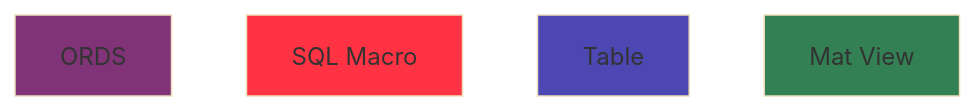
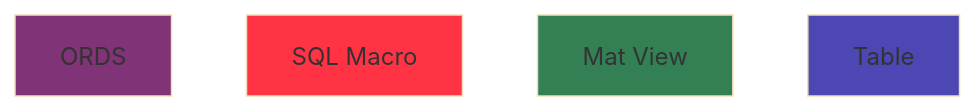
The first of 2 diagrams in README.md (zjph90/testrepo), drawn with Mermaid (base theme) before and after one commit. The commit also changed other lines of this file, not shown here.

````diff
--- a/README.md
+++ b/README.md
@@ -5,11 +5,11 @@
 ```mermaid
 graph TD
     classDef sql_macro fill:#f34
     classDef mview fill:#338055
     classDef table fill:#4d47b3
     classDef ords fill:#803377
     ORDS:::ords
     sqlm["SQL Macro"]:::sql_macro
+    mview["Mat View"]:::mview
     table["Table"]:::table
-    mview["Mat View"]:::mview
 ```
````
